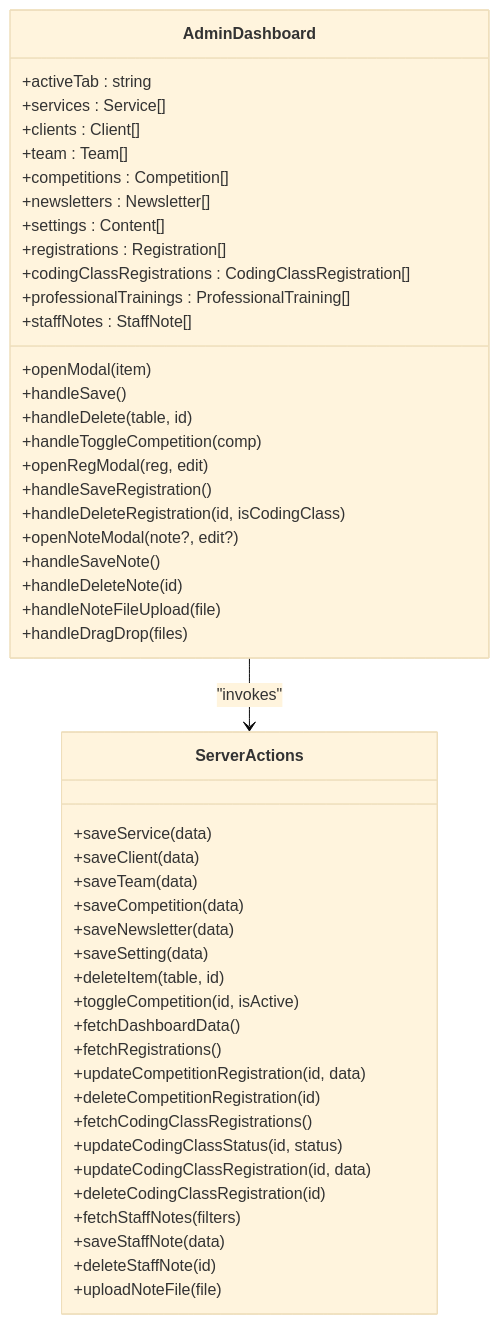
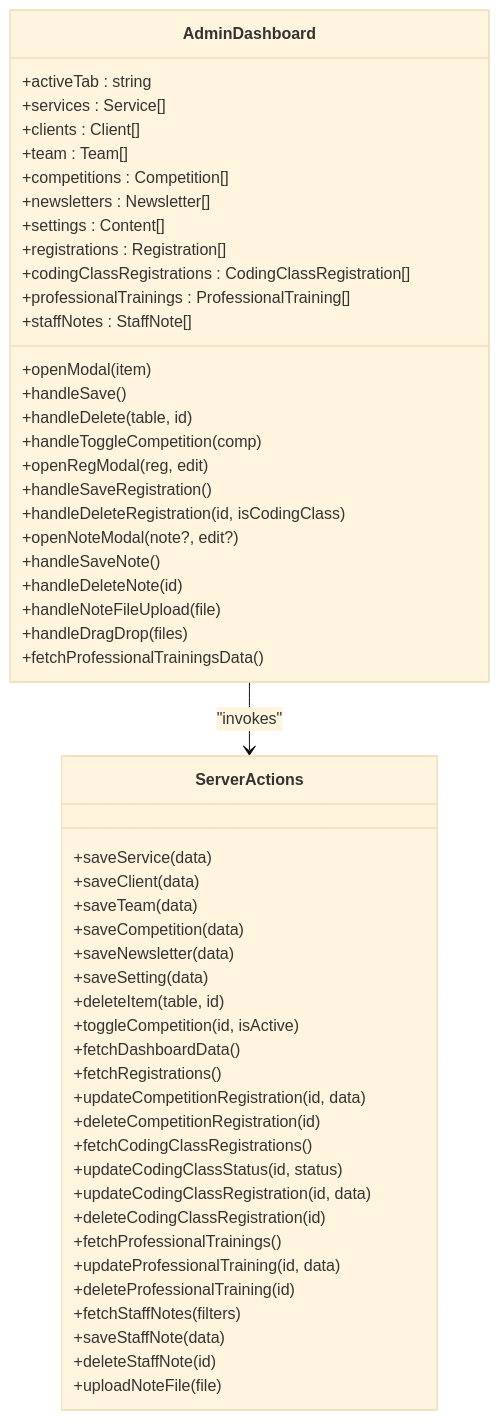
Before and after one commit to Black-box01/rhemaexpertsolutions: the fifth of 12 diagrams in .qoder/repowiki/en/content/Pages and Routing/Admin Interface.md, drawn with Mermaid (base theme). The commit also changed other lines of this file and 22 other files, not shown here.

First line of the commit message:
feat(professional-trainings): add professional training registration system

````diff
--- a/.qoder/repowiki/en/content/Pages and Routing/Admin Interface.md
+++ b/.qoder/repowiki/en/content/Pages and Routing/Admin Interface.md
@@ -245,51 +245,55 @@
 ```mermaid
 classDiagram
 class AdminDashboard {
 +activeTab : string
 +services : Service[]
 +clients : Client[]
 +team : Team[]
 +competitions : Competition[]
 +newsletters : Newsletter[]
 +settings : Content[]
 +registrations : Registration[]
 +codingClassRegistrations : CodingClassRegistration[]
 +professionalTrainings : ProfessionalTraining[]
 +staffNotes : StaffNote[]
 +openModal(item)
 +handleSave()
 +handleDelete(table, id)
 +handleToggleCompetition(comp)
 +openRegModal(reg, edit)
 +handleSaveRegistration()
 +handleDeleteRegistration(id, isCodingClass)
 +openNoteModal(note?, edit?)
 +handleSaveNote()
 +handleDeleteNote(id)
 +handleNoteFileUpload(file)
 +handleDragDrop(files)
++fetchProfessionalTrainingsData()
 }
 class ServerActions {
 +saveService(data)
 +saveClient(data)
 +saveTeam(data)
 +saveCompetition(data)
 +saveNewsletter(data)
 +saveSetting(data)
 +deleteItem(table, id)
 +toggleCompetition(id, isActive)
 +fetchDashboardData()
 +fetchRegistrations()
 +updateCompetitionRegistration(id, data)
 +deleteCompetitionRegistration(id)
 +fetchCodingClassRegistrations()
 +updateCodingClassStatus(id, status)
 +updateCodingClassRegistration(id, data)
 +deleteCodingClassRegistration(id)
++fetchProfessionalTrainings()
++updateProfessionalTraining(id, data)
++deleteProfessionalTraining(id)
 +fetchStaffNotes(filters)
 +saveStaffNote(data)
 +deleteStaffNote(id)
 +uploadNoteFile(file)
 }
 AdminDashboard --> ServerActions : "invokes"
 ```
````
